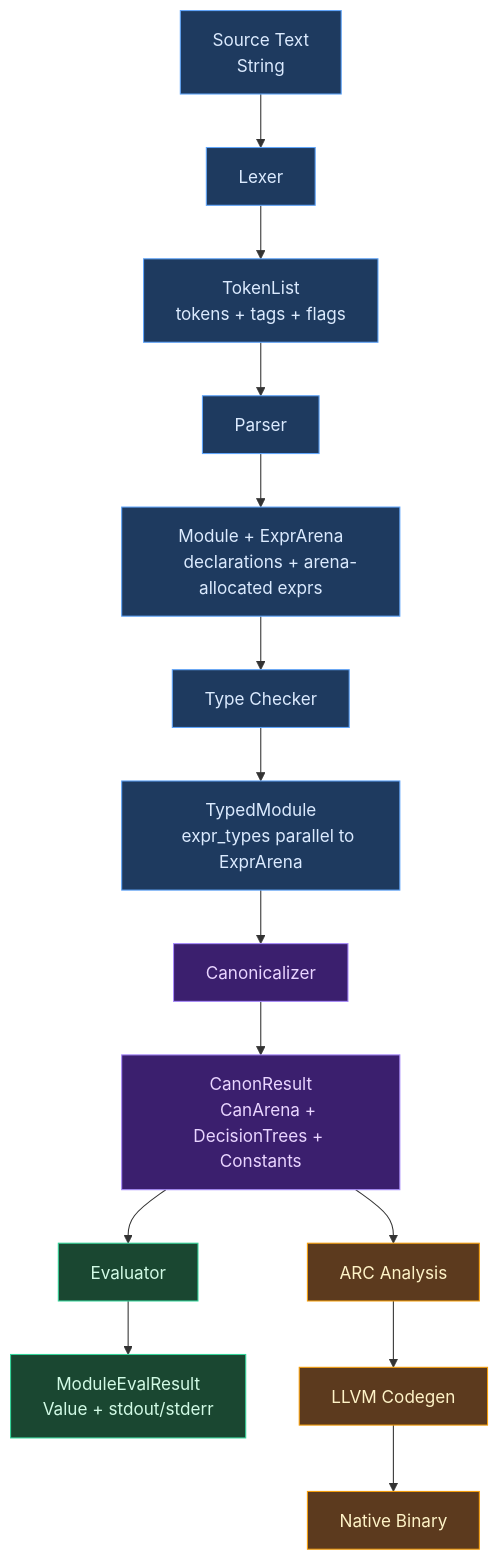
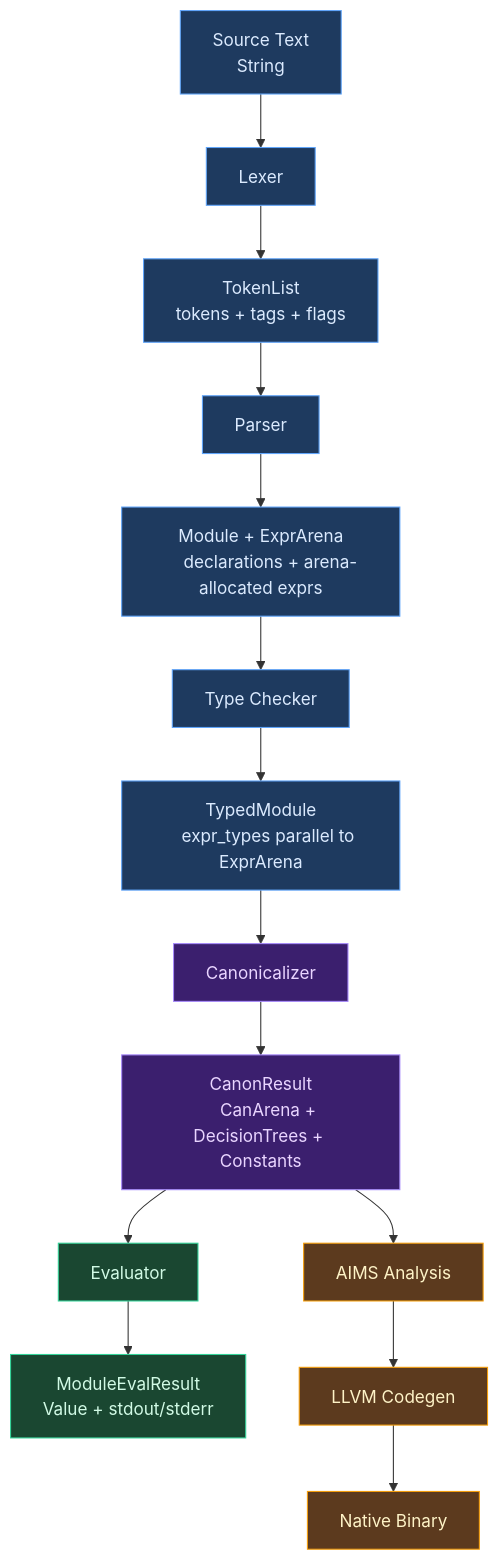
The first of 2 diagrams in docs/compiler/design/01-architecture/data-flow.md (upstat-io/ori-lang), drawn with Mermaid before and after one commit. The commit also changed 51 other files, not shown here.

````diff
--- a/docs/compiler/design/01-architecture/data-flow.md
+++ b/docs/compiler/design/01-architecture/data-flow.md
@@ -52,32 +52,32 @@
 ```mermaid
 flowchart TB
     A["Source Text
     String"] --> B["Lexer"]
     B --> C["TokenList
     tokens + tags + flags"]
     C --> D["Parser"]
     D --> E["Module + ExprArena
     declarations + arena-allocated exprs"]
     E --> F["Type Checker"]
     F --> G["TypedModule
     expr_types parallel to ExprArena"]
     G --> H["Canonicalizer"]
     H --> I["CanonResult
     CanArena + DecisionTrees + Constants"]
     I --> J["Evaluator"]
     J --> K["ModuleEvalResult
     Value + stdout/stderr"]
-    I --> L["ARC Analysis"]
+    I --> L["AIMS Analysis"]
     L --> M["LLVM Codegen"]
     M --> N["Native Binary"]
 
     classDef frontend fill:#1e3a5f,stroke:#60a5fa,color:#dbeafe
     classDef canon fill:#3b1f6e,stroke:#a78bfa,color:#e9d5ff
     classDef interpreter fill:#1a4731,stroke:#34d399,color:#d1fae5
     classDef native fill:#5c3a1e,stroke:#f59e0b,color:#fef3c7
 
     class A,B,C,D,E,F,G frontend
     class H,I canon
     class J,K interpreter
     class L,M,N native
 ```
````
